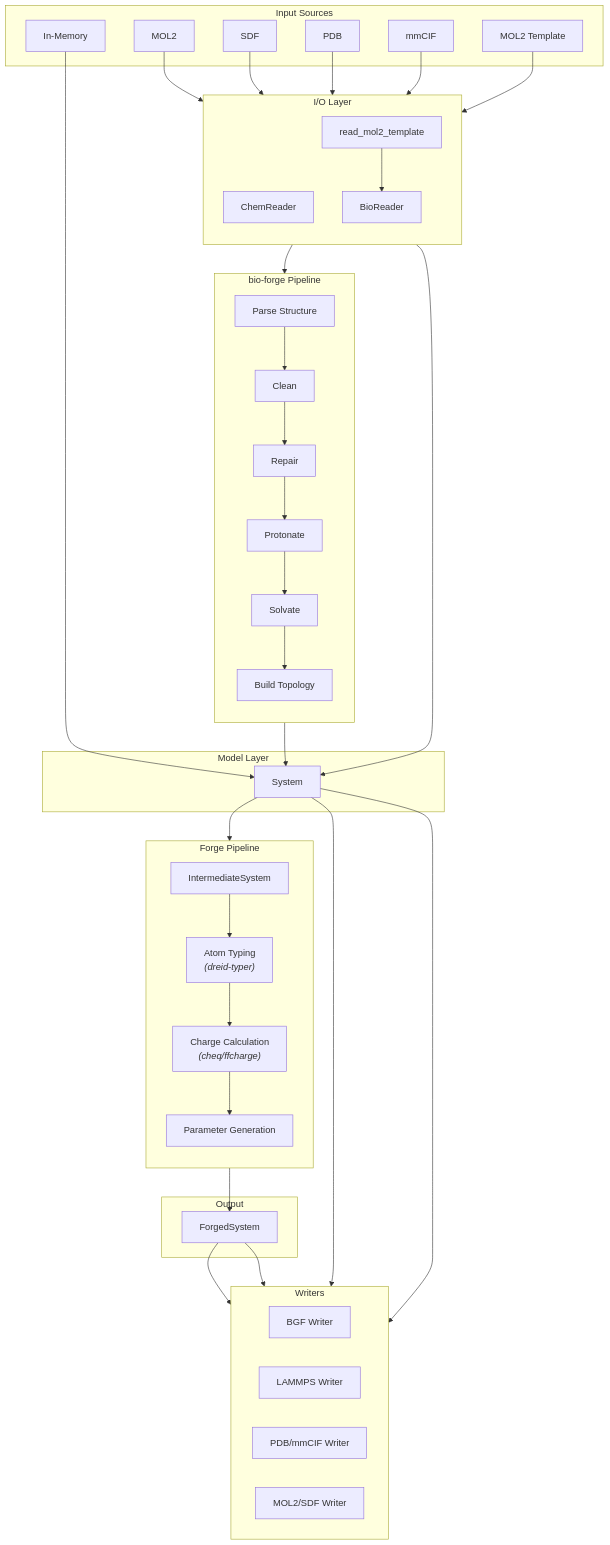
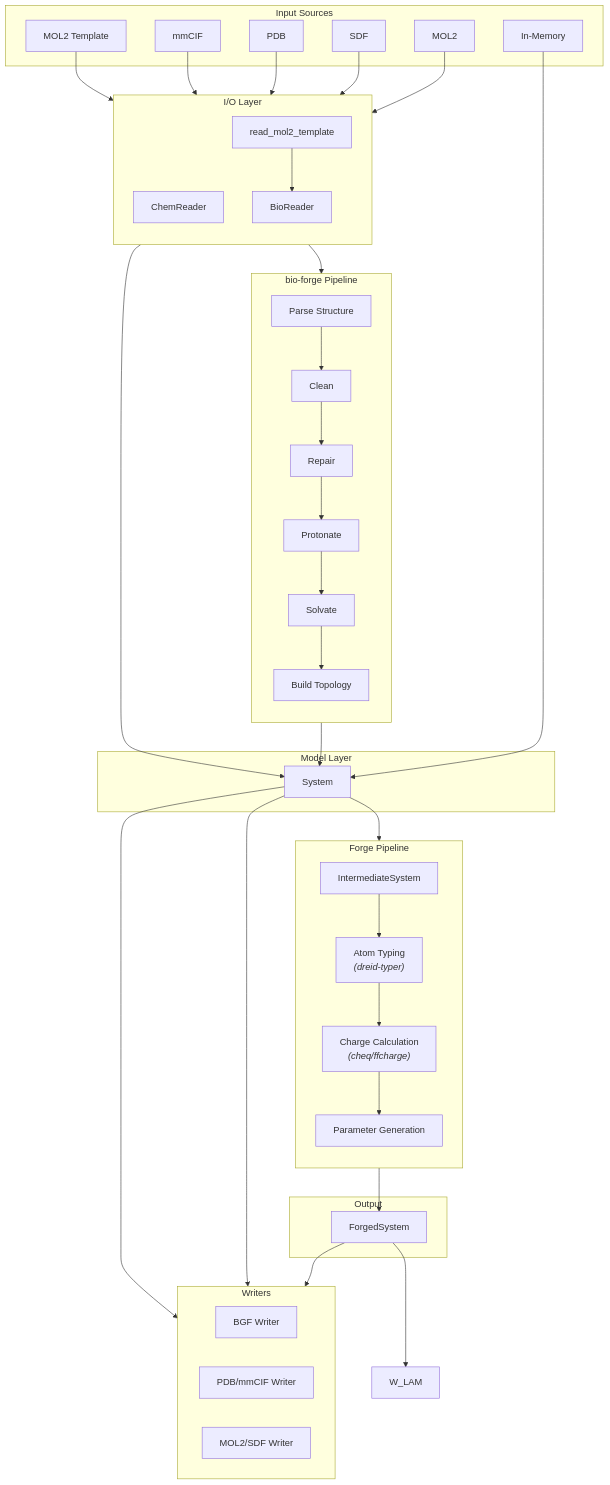
One commit to caltechmsc/dreid-forge changed the first of 18 diagrams in ARCHITECTURE.md. Above: the diagram before and after it, drawn with Mermaid. The commit also changed other lines of this file, not shown here.

Commit message:
docs(architecture): Remove LAMMPS writer and related configurations from documentation

````diff
--- a/ARCHITECTURE.md
+++ b/ARCHITECTURE.md
@@ -9,80 +9,79 @@
 ```mermaid
 flowchart TD
     subgraph "Input Sources"
         MOL2["MOL2"]
         SDF["SDF"]
         PDB["PDB"]
         mmCIF["mmCIF"]
         TPL["MOL2 Template"]
         MEM["In-Memory"]
     end
 
     subgraph "I/O Layer"
         direction TB
         CR["ChemReader"]
         BR["BioReader"]
         RT["read_mol2_template"]
     end
 
     subgraph "bio-forge Pipeline"
         direction TB
         BF_PARSE["Parse Structure"]
         BF_CLEAN["Clean"]
         BF_REPAIR["Repair"]
         BF_HYDRO["Protonate"]
         BF_SOLV["Solvate"]
         BF_TOPO["Build Topology"]
     end
 
     subgraph "Model Layer"
         SYS["System"]
     end
 
     subgraph "Forge Pipeline"
         direction TB
         INT["IntermediateSystem"]
         TYPER["Atom Typing<br><i>(dreid-typer)</i>"]
         CHARGE["Charge Calculation<br><i>(cheq/ffcharge)</i>"]
         PGEN["Parameter Generation"]
     end
 
     subgraph "Output"
         FS["ForgedSystem"]
     end
 
     subgraph "Writers"
         direction LR
         W_BGF["BGF Writer"]
-        W_LAM["LAMMPS Writer"]
         W_PDB["PDB/mmCIF Writer"]
         W_CHEM["MOL2/SDF Writer"]
     end
 
     MOL2 --> CR
     SDF --> CR
     PDB --> BR
     mmCIF --> BR
     TPL --> RT
     RT --> BR
     MEM --> SYS
 
     CR --> SYS
     BR --> BF_PARSE
     BF_PARSE --> BF_CLEAN
     BF_CLEAN --> BF_REPAIR
     BF_REPAIR --> BF_HYDRO
     BF_HYDRO --> BF_SOLV
     BF_SOLV --> BF_TOPO
     BF_TOPO --> SYS
 
     SYS --> INT
     INT --> TYPER
     TYPER --> CHARGE
     CHARGE --> PGEN
     PGEN --> FS
 
     FS --> W_BGF
     FS --> W_LAM
     SYS --> W_PDB
     SYS --> W_CHEM
 ```
````
